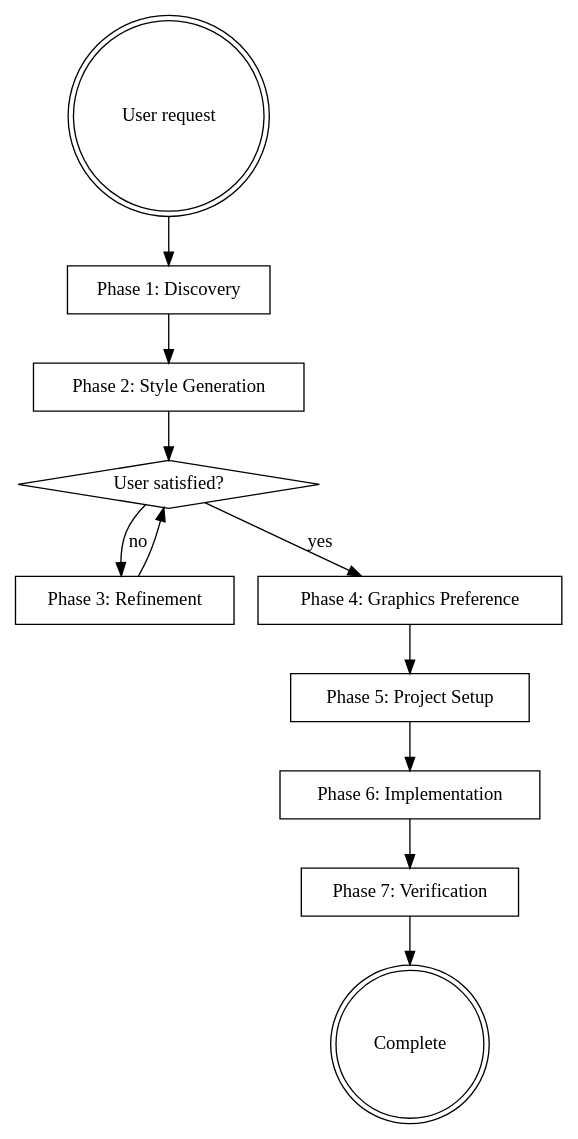
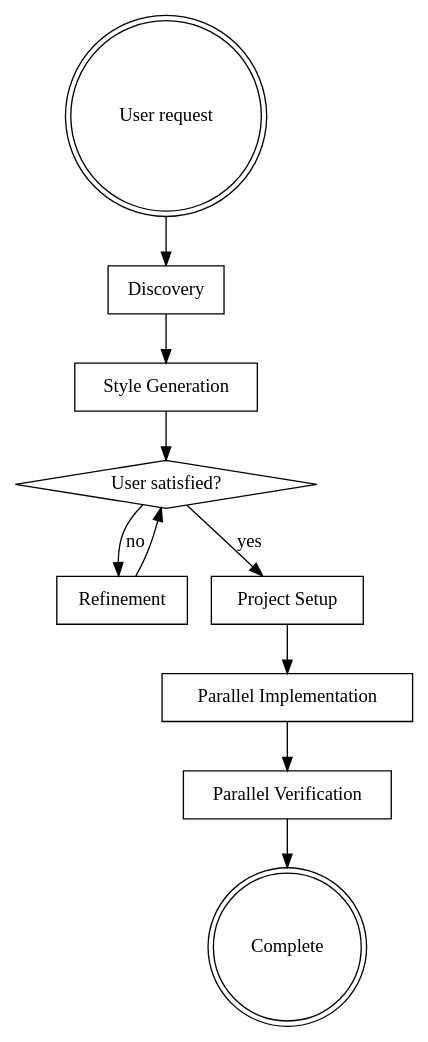
The diagram in plugins/saurun/skills/web-design-wizard/SKILL.md (fiatkongen/saurun-marketplace), drawn with Graphviz before and after one commit. The commit also changed other lines of this file and 3 other files, not shown here.

````diff
--- a/plugins/saurun/skills/web-design-wizard/SKILL.md
+++ b/plugins/saurun/skills/web-design-wizard/SKILL.md
@@ -32,25 +25,23 @@
 ```dot
 digraph design_wizard {
     "User request" [shape=doublecircle];
-    "Phase 1: Discovery" [shape=box];
-    "Phase 2: Style Generation" [shape=box];
+    "Discovery" [shape=box];
+    "Style Generation" [shape=box];
     "User satisfied?" [shape=diamond];
-    "Phase 3: Refinement" [shape=box];
-    "Phase 4: Graphics Preference" [shape=box];
-    "Phase 5: Project Setup" [shape=box];
-    "Phase 6: Implementation" [shape=box];
-    "Phase 7: Verification" [shape=box];
+    "Refinement" [shape=box];
+    "Project Setup" [shape=box];
+    "Parallel Implementation" [shape=box];
+    "Parallel Verification" [shape=box];
     "Complete" [shape=doublecircle];
 
-    "User request" -> "Phase 1: Discovery";
-    "Phase 1: Discovery" -> "Phase 2: Style Generation";
-    "Phase 2: Style Generation" -> "User satisfied?";
-    "User satisfied?" -> "Phase 3: Refinement" [label="no"];
-    "Phase 3: Refinement" -> "User satisfied?";
-    "User satisfied?" -> "Phase 4: Graphics Preference" [label="yes"];
-    "Phase 4: Graphics Preference" -> "Phase 5: Project Setup";
-    "Phase 5: Project Setup" -> "Phase 6: Implementation";
-    "Phase 6: Implementation" -> "Phase 7: Verification";
-    "Phase 7: Verification" -> "Complete";
+    "User request" -> "Discovery";
+    "Discovery" -> "Style Generation";
+    "Style Generation" -> "User satisfied?";
+    "User satisfied?" -> "Refinement" [label="no"];
+    "Refinement" -> "User satisfied?";
+    "User satisfied?" -> "Project Setup" [label="yes"];
+    "Project Setup" -> "Parallel Implementation";
+    "Parallel Implementation" -> "Parallel Verification";
+    "Parallel Verification" -> "Complete";
 }
 ```
````
